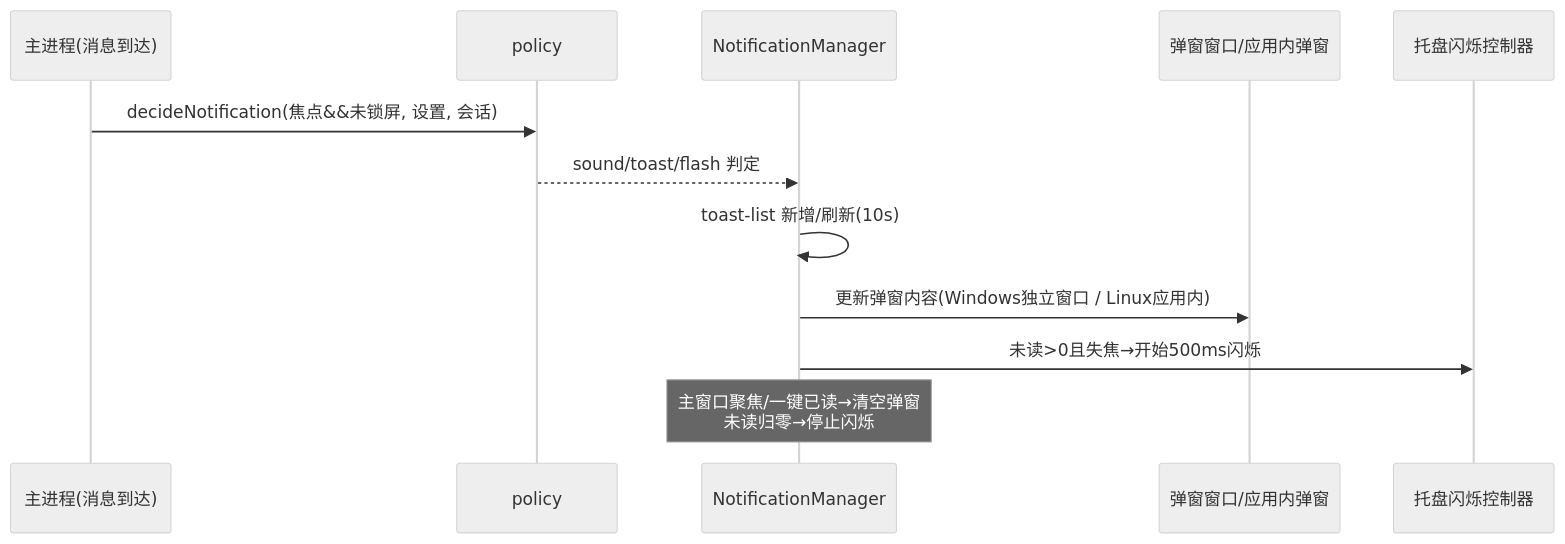
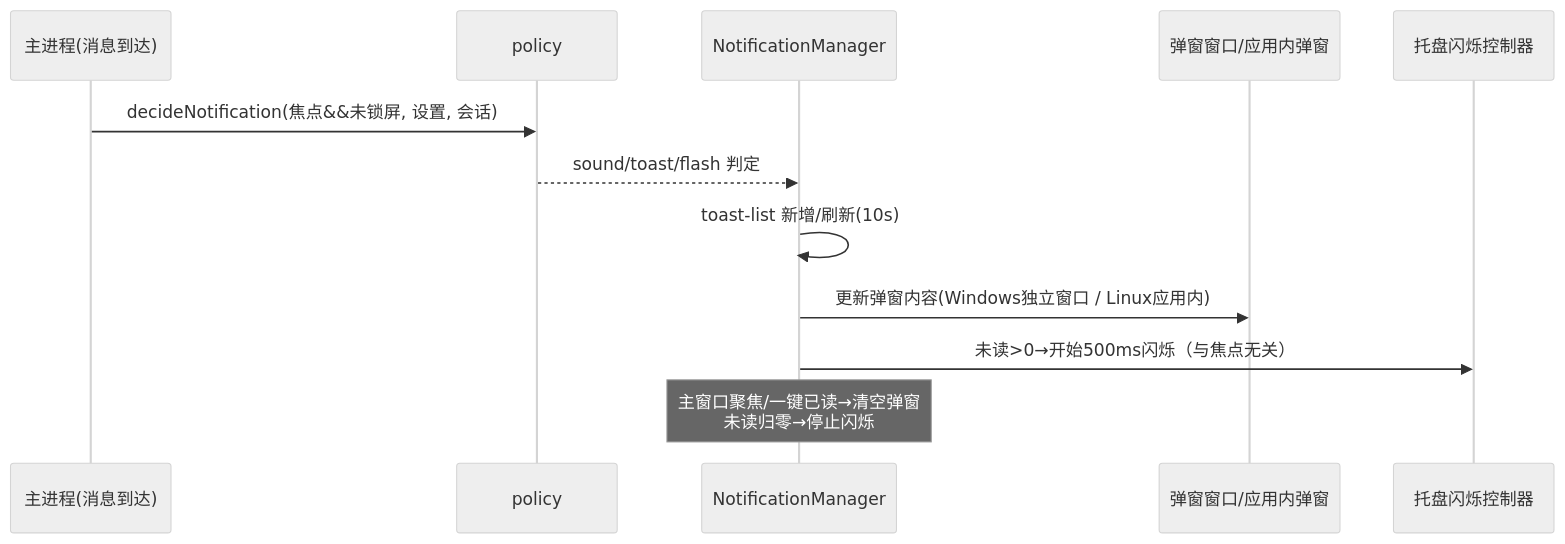
The diagram in docs/superpowers/specs/2026-11-19-notification-module-design.md (hllshiro/lanpost-im), drawn with Mermaid (neutral theme) before and after one commit. The commit also changed other lines of this file and 32 other files, not shown here.

````diff
--- a/docs/superpowers/specs/2026-11-19-notification-module-design.md
+++ b/docs/superpowers/specs/2026-11-19-notification-module-design.md
@@ -168,14 +169,14 @@
 ```mermaid
 sequenceDiagram
   participant M as 主进程(消息到达)
   participant P as policy
   participant N as NotificationManager
   participant T as 弹窗窗口/应用内弹窗
   participant R as 托盘闪烁控制器
   M->>P: decideNotification(焦点&&未锁屏, 设置, 会话)
   P-->>N: sound/toast/flash 判定
   N->>N: toast-list 新增/刷新(10s)
   N->>T: 更新弹窗内容(Windows独立窗口 / Linux应用内)
-  N->>R: 未读>0且失焦→开始500ms闪烁
+  N->>R: 未读>0→开始500ms闪烁（与焦点无关）
   Note over N: 主窗口聚焦/一键已读→清空弹窗<br/>未读归零→停止闪烁
 ```
````
